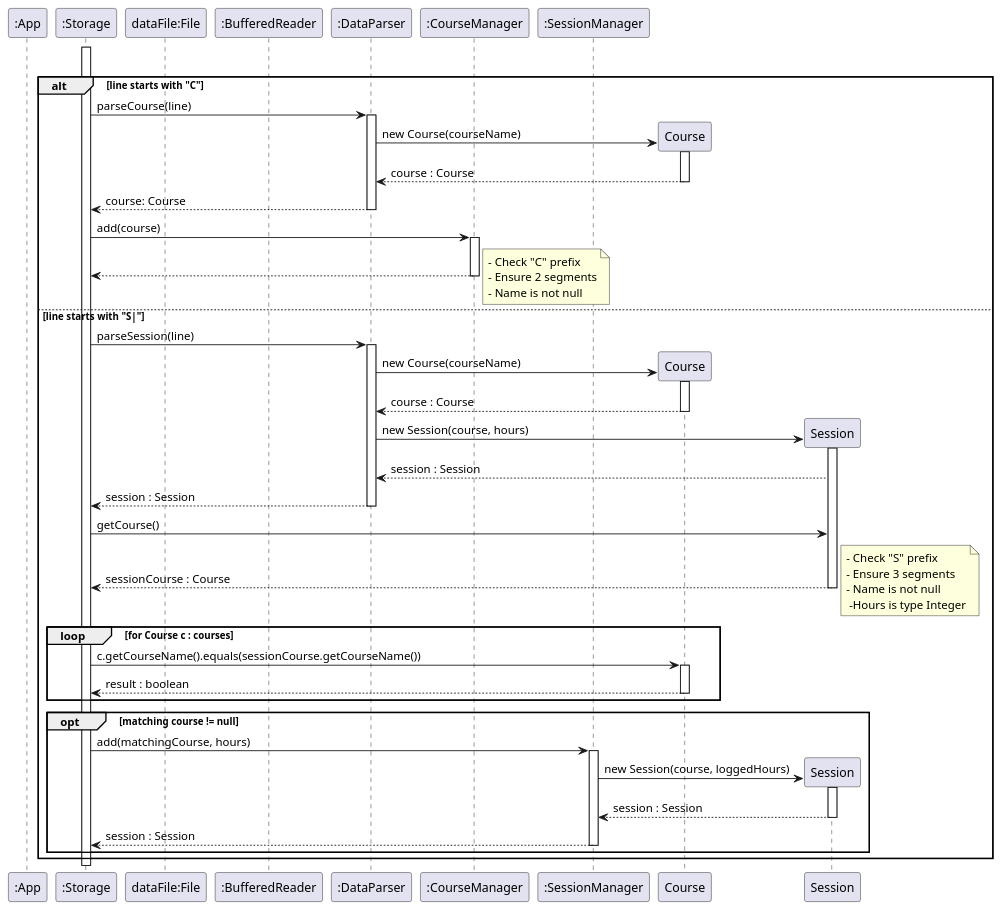
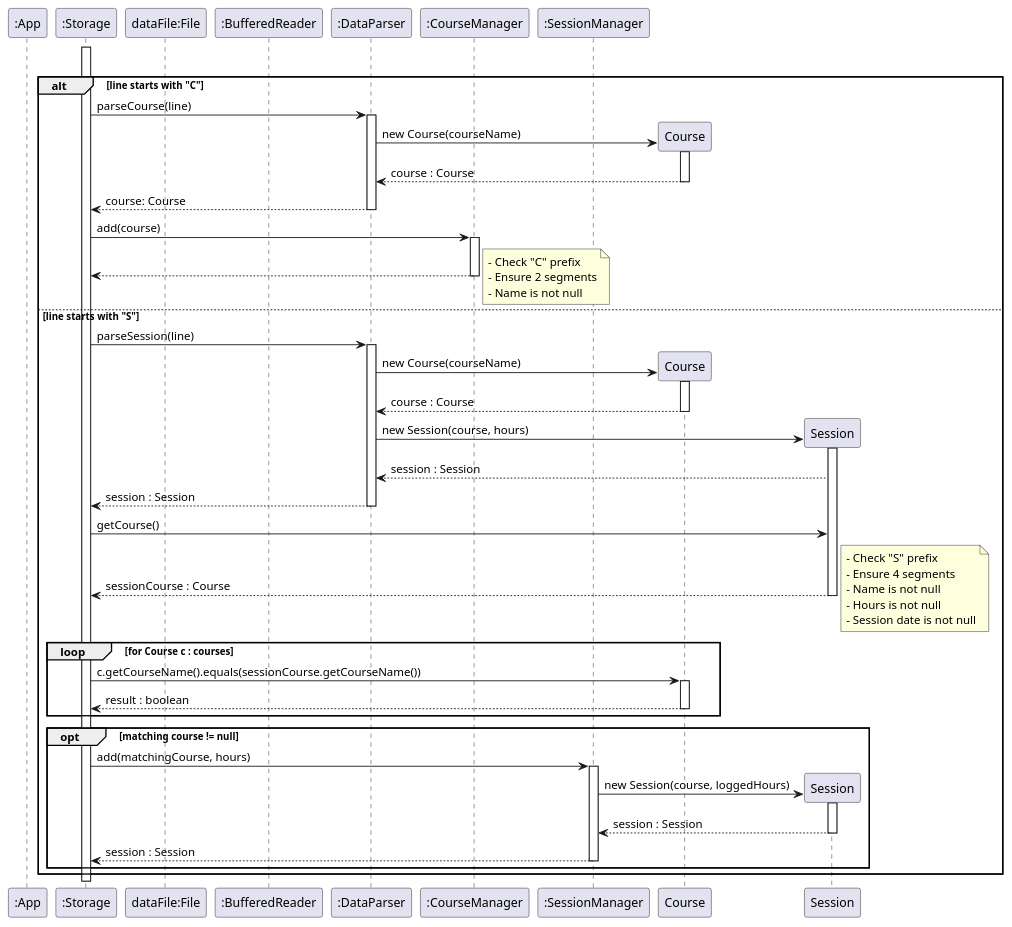
One commit to t-kandasami/tp changed the diagram in docs/diagrams/StorageLoadSequenceRefDiagram.puml. Above: the diagram before and after it, drawn with PlantUML. The commit also changed 1 other file, not shown here.

Commit message:
fix: Update storage (load) sequence diagram with enhancements

```diff
--- a/docs/diagrams/StorageLoadSequenceRefDiagram.puml
+++ b/docs/diagrams/StorageLoadSequenceRefDiagram.puml
@@ -1,78 +1,78 @@
 @startuml
 'https://plantuml.com/sequence-diagram
 
 participant ":App" as App
 participant ":Storage" as Storage
 
 participant "dataFile:File" as File
 participant ":BufferedReader" as BR
 participant ":DataParser" as Parser
 participant ":CourseManager" as CM
 participant ":SessionManager" as SM
 
 group sd parsing courses or sessions
     activate Storage
 
     alt line starts with "C"
         Storage -> Parser: parseCourse(line)
         activate Parser
 
         Parser -> Course**: new Course(courseName)
         activate Course
         Course --> Parser: course : Course
         deactivate Course
 
         Parser --> Storage: course: Course
         deactivate Parser
 
         Storage -> CM: add(course)
         activate CM
         CM --> Storage
         deactivate CM
 
         note right: - Check "C" prefix\n- Ensure 2 segments\n- Name is not null
 
-    else line starts with "S|"
+    else line starts with "S"
 
         Storage -> Parser: parseSession(line)
         activate Parser
 
         Parser -> Course**: new Course(courseName)
         activate Course
         Course --> Parser: course : Course
         deactivate Course
 
         Parser -> Session**: new Session(course, hours)
         activate Session
         Session --> Parser: session : Session
 
         Parser --> Storage: session : Session
         deactivate Parser
 
         Storage -> Session: getCourse()
         Session --> Storage: sessionCourse : Course
         deactivate Session
 
-        note right: - Check "S" prefix\n- Ensure 3 segments\n- Name is not null\n -Hours is type Integer
+ note right:- Check "S" prefix\n- Ensure 4 segments\n- Name is not null\n- Hours is not null\n- Session date is not null
 
         loop for Course c : courses
 
         Storage -> Course: c.getCourseName().equals(sessionCourse.getCourseName())
         activate Course
         Course --> Storage: result : boolean
         deactivate Course
 
         end
 
         opt matching course != null
             Storage -> SM: add(matchingCourse, hours)
             activate SM
             SM -> Session**: new Session(course, loggedHours)
             activate Session
             Session --> SM: session : Session
             deactivate Session
             SM --> Storage: session : Session
             deactivate SM
         end
     end
 @enduml
```
